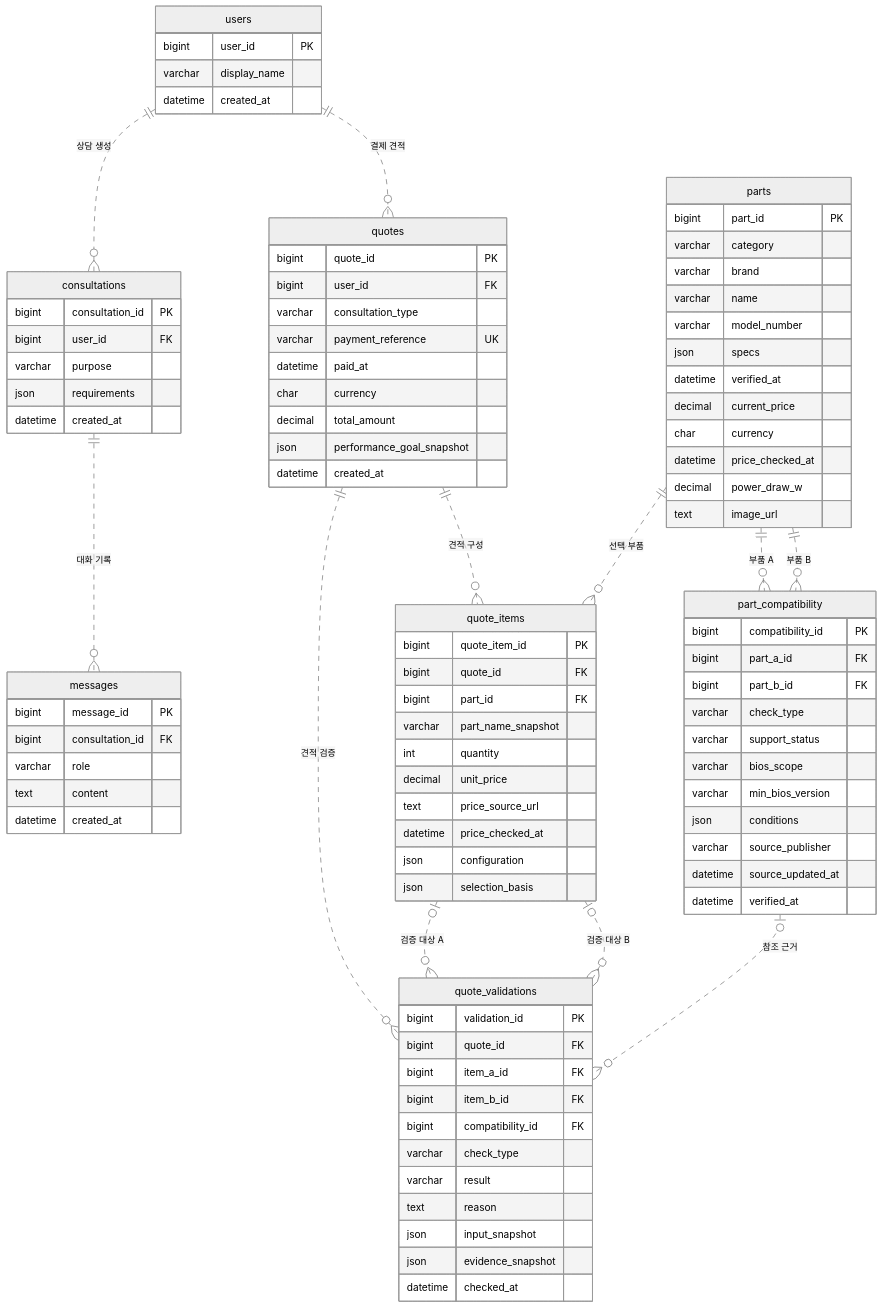
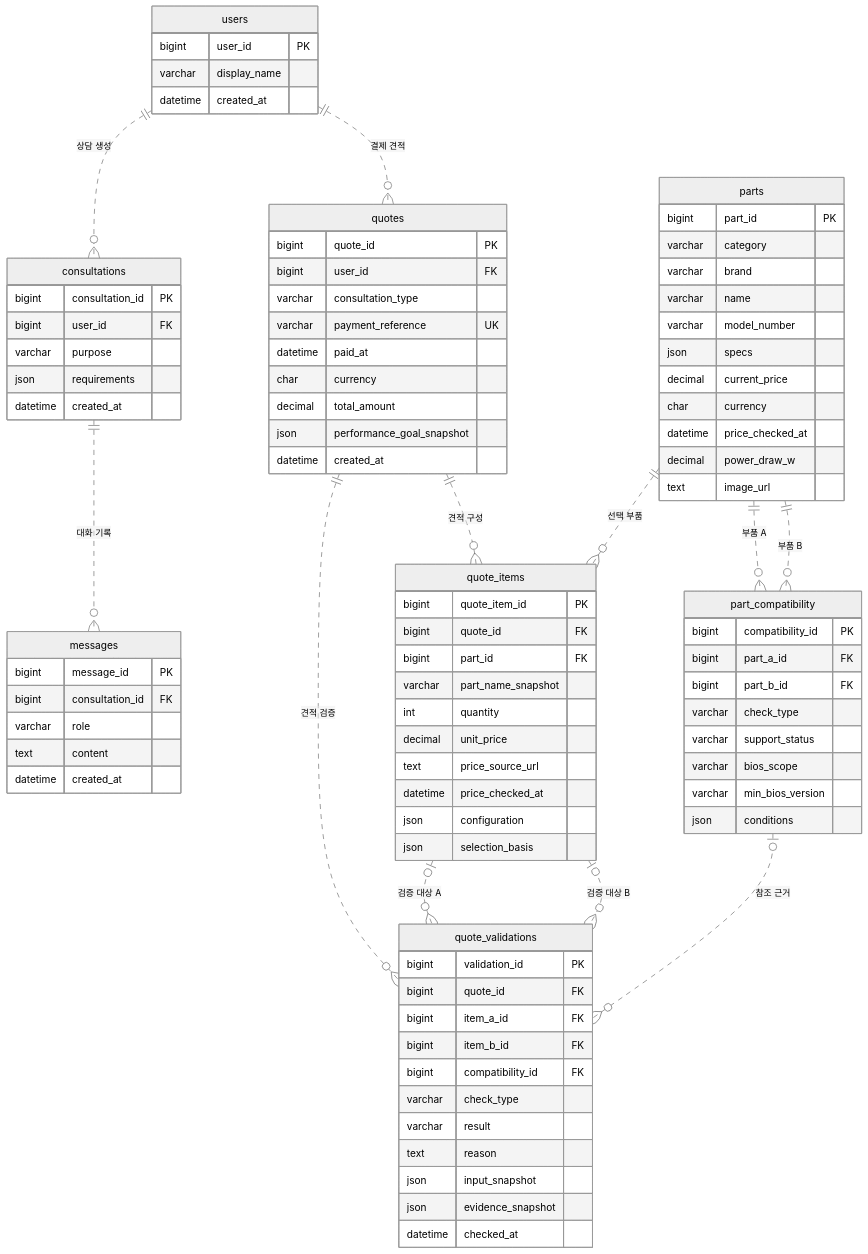
One commit to SKNETWORKS-FAMILY-AICAMP/SKN35-FINAL-6TEAM changed the diagram in docs/database/erd/schema.mmd. Above: the diagram before and after it, drawn with Mermaid (neutral theme). The commit also changed 18 other files, not shown here.

```diff
--- a/docs/database/erd/schema.mmd
+++ b/docs/database/erd/schema.mmd
@@ -1,94 +1,90 @@
 erDiagram
     users {
         bigint user_id PK
         varchar display_name
         datetime created_at
     }
     consultations {
         bigint consultation_id PK
         bigint user_id FK
         varchar purpose
         json requirements
         datetime created_at
     }
     messages {
         bigint message_id PK
         bigint consultation_id FK
         varchar role
         text content
         datetime created_at
     }
     parts {
         bigint part_id PK
         varchar category
         varchar brand
         varchar name
         varchar model_number
         json specs
-        datetime verified_at
         decimal current_price
         char currency
         datetime price_checked_at
         decimal power_draw_w
         text image_url
     }
     quotes {
         bigint quote_id PK
         bigint user_id FK
         varchar consultation_type
         varchar payment_reference UK
         datetime paid_at
         char currency
         decimal total_amount
         json performance_goal_snapshot
         datetime created_at
     }
     quote_items {
         bigint quote_item_id PK
         bigint quote_id FK
         bigint part_id FK
         varchar part_name_snapshot
         int quantity
         decimal unit_price
         text price_source_url
         datetime price_checked_at
         json configuration
         json selection_basis
     }
     part_compatibility {
         bigint compatibility_id PK
         bigint part_a_id FK
         bigint part_b_id FK
         varchar check_type
         varchar support_status
         varchar bios_scope
         varchar min_bios_version
         json conditions
-        varchar source_publisher
-        datetime source_updated_at
-        datetime verified_at
     }
     quote_validations {
         bigint validation_id PK
         bigint quote_id FK
         bigint item_a_id FK
         bigint item_b_id FK
         bigint compatibility_id FK
         varchar check_type
         varchar result
         text reason
         json input_snapshot
         json evidence_snapshot
         datetime checked_at
     }
     users ||..o{ consultations : "상담 생성"
     consultations ||..o{ messages : "대화 기록"
     users ||..o{ quotes : "결제 견적"
     quotes ||..o{ quote_items : "견적 구성"
     parts ||..o{ quote_items : "선택 부품"
     parts ||..o{ part_compatibility : "부품 A"
     parts ||..o{ part_compatibility : "부품 B"
     quotes ||..o{ quote_validations : "견적 검증"
     quote_items |o..o{ quote_validations : "검증 대상 A"
     quote_items |o..o{ quote_validations : "검증 대상 B"
     part_compatibility |o..o{ quote_validations : "참조 근거"
```
